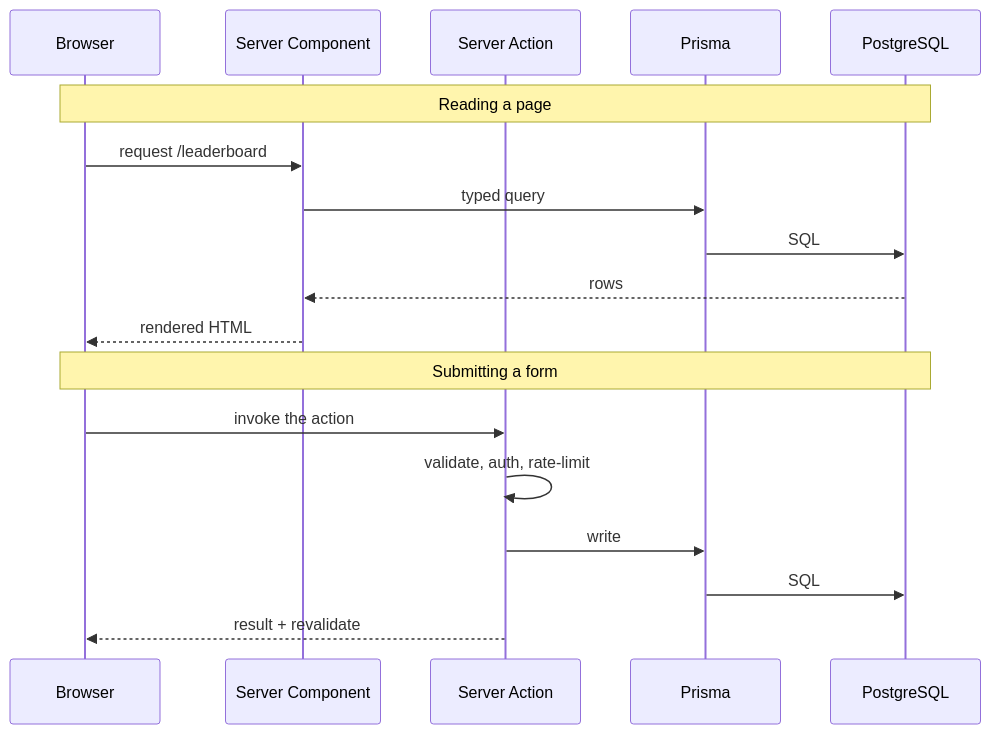
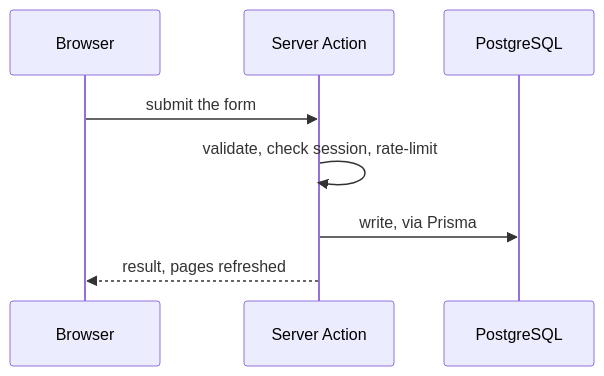
Before and after one commit to McMaster-Battery-Research-Group/battery-soc-benchmark: the sixth of 6 diagrams in README.md, drawn with Mermaid. The commit also changed other lines of this file, not shown here.

Commit message:
README: simplify the stack and data-flow diagrams so they read as straight lines

````diff
--- a/README.md
+++ b/README.md
@@ -223,22 +238,10 @@
 ```mermaid
 sequenceDiagram
-    participant U as Browser
-    participant SC as Server Component
+    participant B as Browser
     participant SA as Server Action
-    participant PR as Prisma
     participant DB as PostgreSQL
-
-    Note over U,DB: Reading a page
-    U->>SC: request /leaderboard
-    SC->>PR: typed query
-    PR->>DB: SQL
-    DB-->>SC: rows
-    SC-->>U: rendered HTML
-
-    Note over U,DB: Submitting a form
-    U->>SA: invoke the action
-    SA->>SA: validate, auth, rate-limit
-    SA->>PR: write
-    PR->>DB: SQL
-    SA-->>U: result + revalidate
+    B->>SA: submit the form
+    SA->>SA: validate, check session, rate-limit
+    SA->>DB: write, via Prisma
+    SA-->>B: result, pages refreshed
 ```
````
